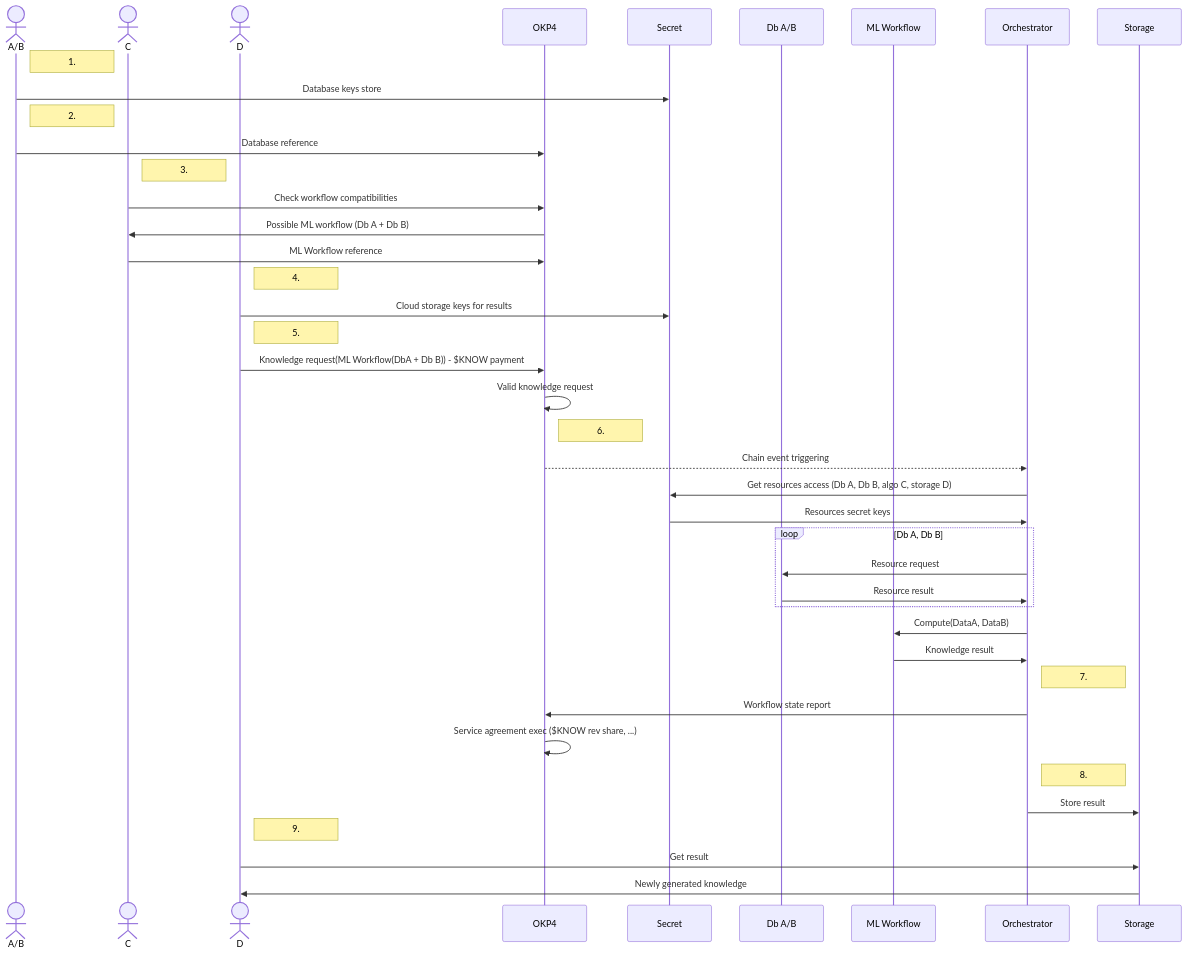
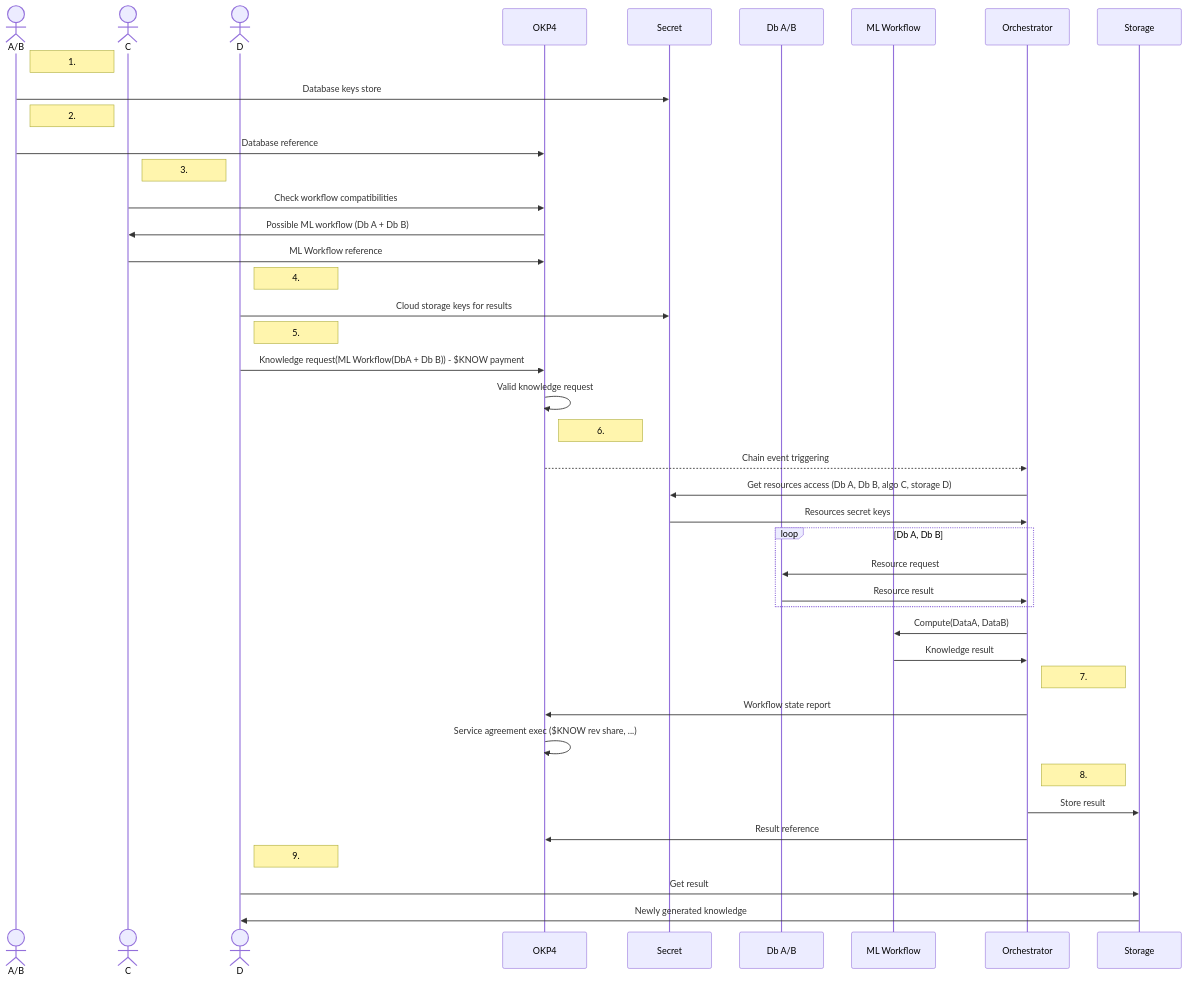
One commit to axone-protocol/docs changed the diagram in docs/whitepaper/architecture.mdx. Above: the diagram before and after it, drawn with Mermaid. The commit also changed other lines of this file and 1 other file, not shown here.

Commit message:
feat(whitepaper): update overview schema + add result reference in example

````diff
--- a/docs/whitepaper/architecture.mdx
+++ b/docs/whitepaper/architecture.mdx
@@ -229,55 +229,56 @@
 ``` mermaid 
 
 sequenceDiagram
     
     actor DataProv as A/B
     actor ServProv as C
     actor IndD as D
     participant OKP4
     participant Secret
     participant Db A/B
     participant ML Workflow
     participant Orchestrator
     participant Storage
 
 Note right of DataProv: 1. 
 DataProv->> Secret: Database keys store
 
 Note right of DataProv: 2. 
 DataProv->> OKP4: Database reference
 
 Note right of ServProv: 3. 
 ServProv->> OKP4: Check workflow compatibilities
 OKP4->> ServProv: Possible ML workflow (Db A + Db B)
 ServProv->> OKP4: ML Workflow reference
 
 Note right of IndD: 4. 
 IndD->> Secret: Cloud storage keys for results
 
 Note right of IndD: 5. 
 IndD->> OKP4: Knowledge request(ML Workflow(DbA + Db B)) - $KNOW payment
 OKP4->>OKP4: Valid knowledge request
 
 Note right of OKP4: 6. 
 OKP4-->>Orchestrator: Chain event triggering
 Orchestrator->> Secret: Get resources access (Db A, Db B, algo C, storage D)
 Secret->> Orchestrator: Resources secret keys
 loop Db A, Db B
 Orchestrator->> Db A/B: Resource request
 Db A/B->> Orchestrator: Resource result
 end 
 Orchestrator->> ML Workflow: Compute(DataA, DataB)
 ML Workflow->> Orchestrator: Knowledge result
 
 Note right of Orchestrator: 7. 
 Orchestrator->> OKP4: Workflow state report
 OKP4->>OKP4: Service agreement exec ($KNOW rev share, ...)
 
 Note right of Orchestrator: 8. 
 Orchestrator->> Storage: Store result
+Orchestrator->> OKP4: Result reference
 
 Note right of IndD: 9. 
 IndD->> Storage: Get result
 Storage->>IndD: Newly generated knowledge
 
 ```
````
